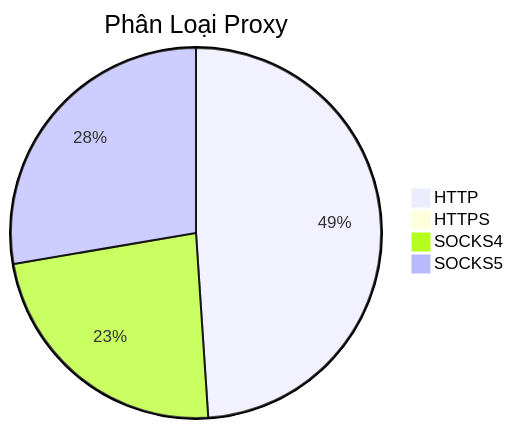
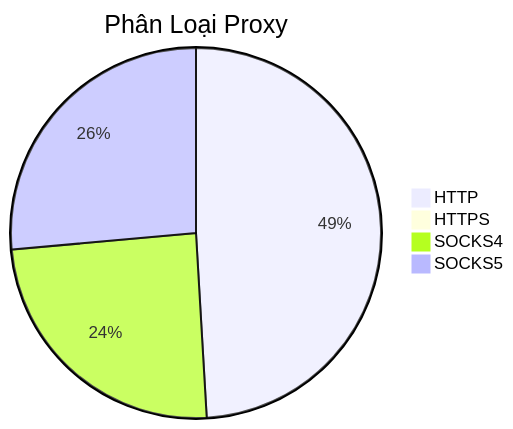
Before and after one commit to Ciara-12/PROXY-free: the diagram in README.md, drawn with Mermaid. The commit also changed other lines of this file and 4 other files, not shown here.

````diff
--- a/README.md
+++ b/README.md
@@ -26,7 +26,7 @@
 ```mermaid
 pie title Phân Loại Proxy
-    "HTTP" : 603
-    "HTTPS" : 0
-    "SOCKS4" : 288
-    "SOCKS5" : 341
+    "HTTP" : 557
+    "HTTPS" : 1
+    "SOCKS4" : 278
+    "SOCKS5" : 300
 ```
````
